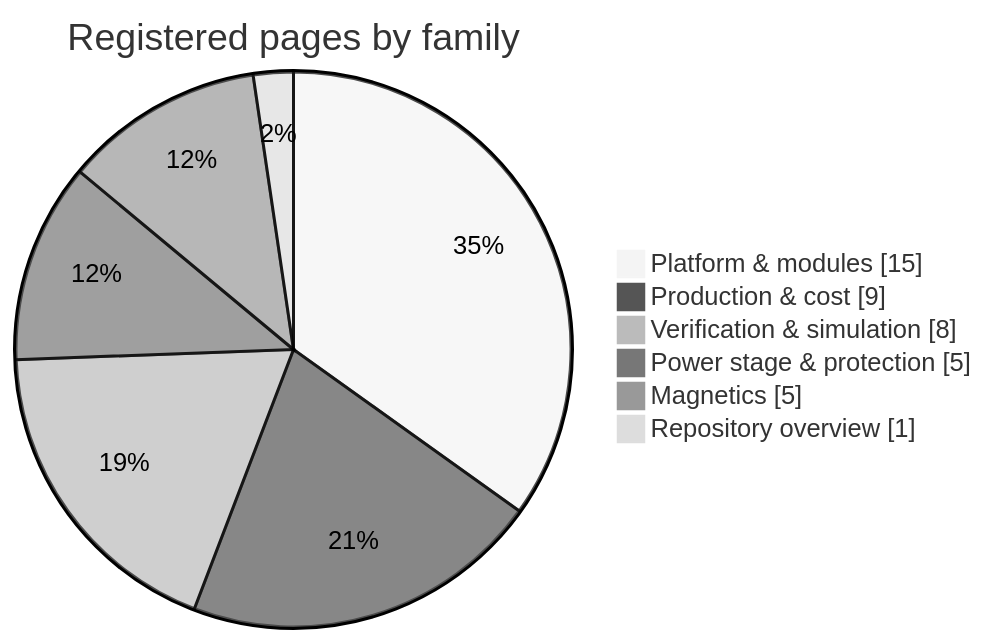
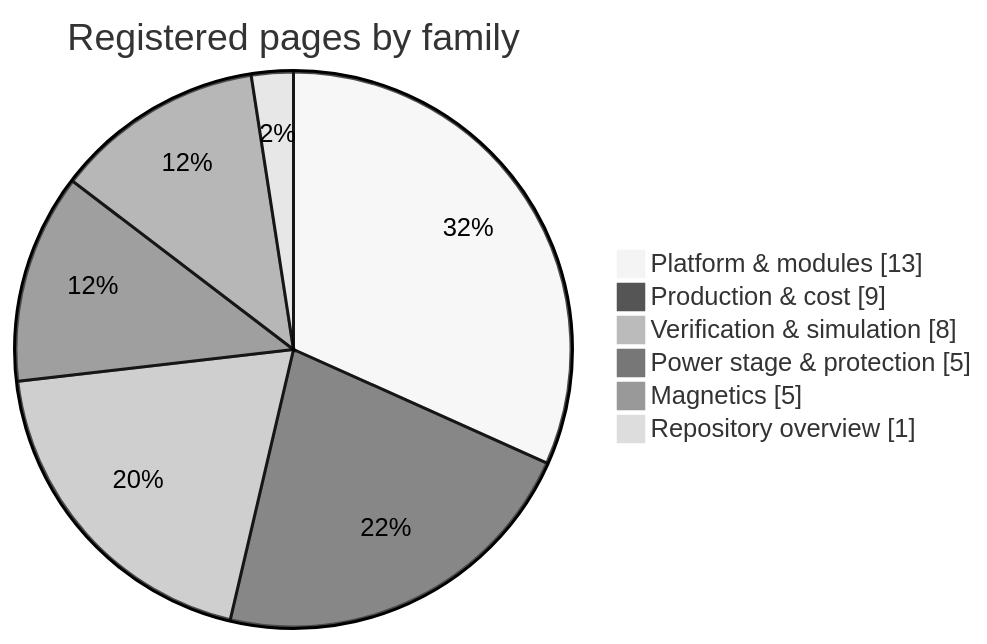
Before and after one commit to vectivolt/DC-Modules: the first of 2 diagrams in docs/README.md, drawn with Mermaid (neutral theme). The commit also changed other lines of this file and 802 other files, not shown here.

````diff
--- a/docs/README.md
+++ b/docs/README.md
@@ -30,10 +29,10 @@
 ```mermaid
 pie showData
   title Registered pages by family
-  "Platform & modules" : 15
+  "Platform & modules" : 13
   "Production & cost" : 9
   "Verification & simulation" : 8
   "Power stage & protection" : 5
   "Magnetics" : 5
   "Repository overview" : 1
 ```
````
